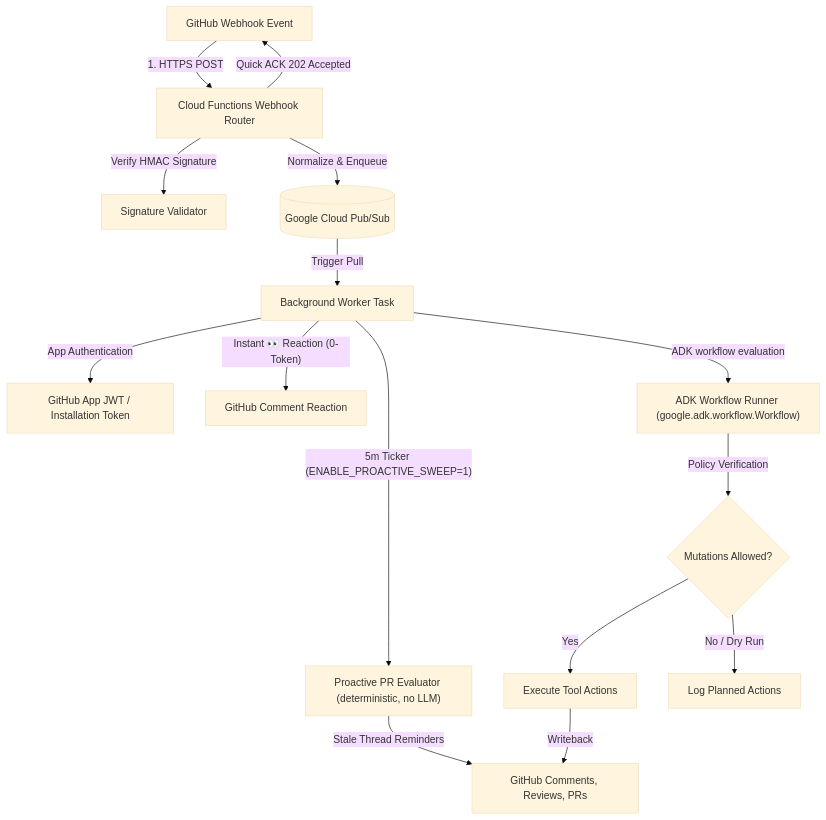
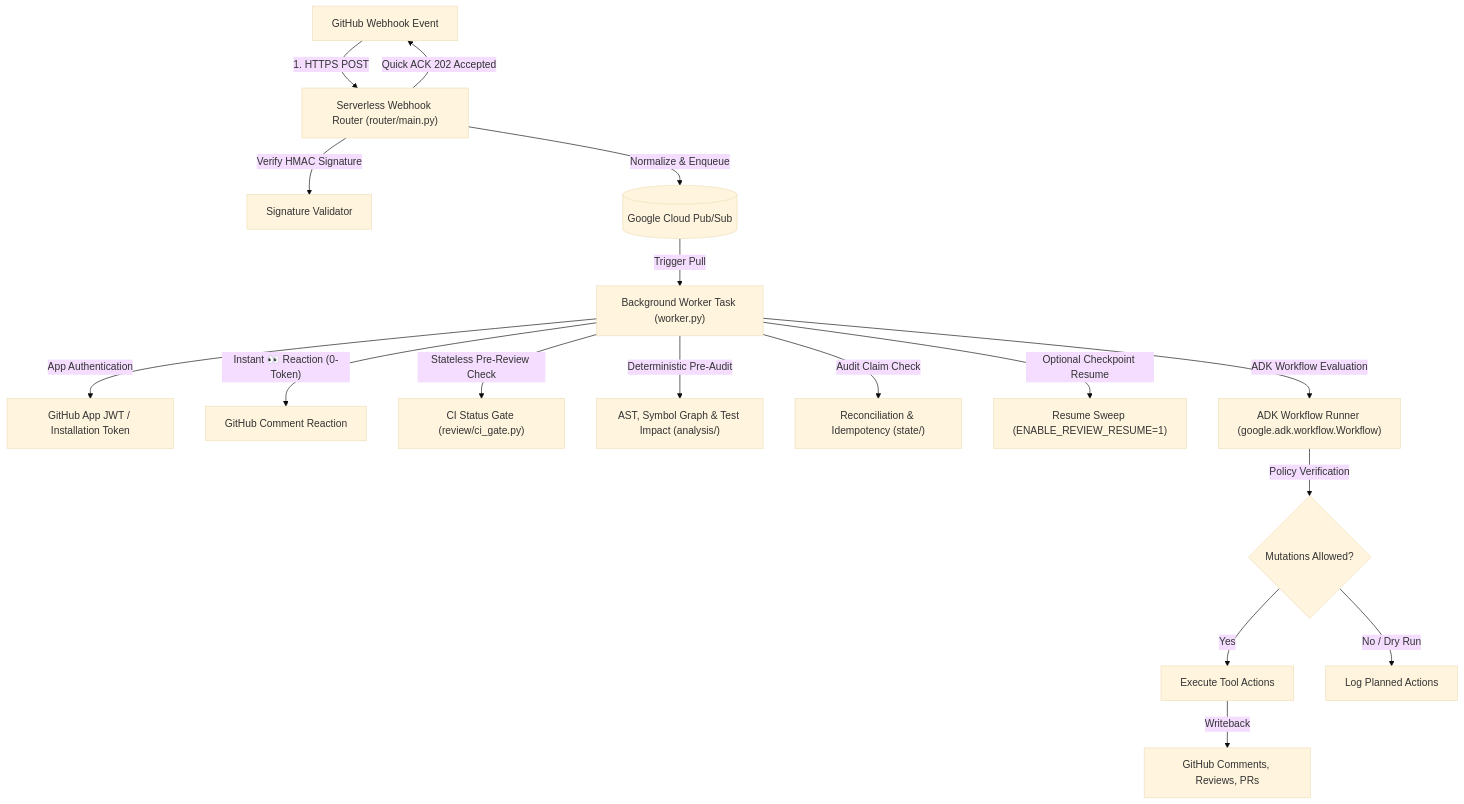
The diagram in README.md (cgj8702-org/hannibal-hub-agents), drawn with Mermaid (base theme) before and after one commit. The commit also changed other lines of this file and 9 other files, not shown here.

````diff
--- a/README.md
+++ b/README.md
@@ -11,20 +11,22 @@
 ```mermaid
 flowchart TD
-    GH["GitHub Webhook Event"] -->|"1. HTTPS POST"| Router["Cloud Functions Webhook Router"]
+    GH["GitHub Webhook Event"] -->|"1. HTTPS POST"| Router["Serverless Webhook Router (router/main.py)"]
     Router -->|"Verify HMAC Signature"| Auth["Signature Validator"]
     Router -->|"Quick ACK 202 Accepted"| GH
     Router -->|"Normalize & Enqueue"| Queue[("Google Cloud Pub/Sub")]
     
-    Queue -->|"Trigger Pull"| Worker["Background Worker Task"]
+    Queue -->|"Trigger Pull"| Worker["Background Worker Task (worker.py)"]
     Worker -->|"App Authentication"| Creds["GitHub App JWT / Installation Token"]
     Worker -->|"Instant 👀 Reaction (0-Token)"| GH_React["GitHub Comment Reaction"]
-    Worker -->|"ADK workflow evaluation"| StateGraph["ADK Workflow Runner (google.adk.workflow.Workflow)"]
-    Worker -->|"5m Ticker (ENABLE_PROACTIVE_SWEEP=1)"| Proactive["Proactive PR Evaluator (deterministic, no LLM)"]
-    Proactive -->|"Stale Thread Reminders"| GH_Write
+    Worker -->|"Stateless Pre-Review Check"| CIGate["CI Status Gate (review/ci_gate.py)"]
+    Worker -->|"Deterministic Pre-Audit"| PreAudit["AST, Symbol Graph & Test Impact (analysis/)"]
+    Worker -->|"Audit Claim Check"| Reconcile["Reconciliation & Idempotency (state/)"]
+    Worker -->|"Optional Checkpoint Resume"| Resume["Resume Sweep (ENABLE_REVIEW_RESUME=1)"]
     
+    Worker -->|"ADK Workflow Evaluation"| StateGraph["ADK Workflow Runner (google.adk.workflow.Workflow)"]
     StateGraph -->|"Policy Verification"| Policy{"Mutations Allowed?"}
     Policy -->|"Yes"| Exec["Execute Tool Actions"]
     Policy -->|"No / Dry Run"| Log["Log Planned Actions"]
     
     Exec -->|"Writeback"| GH_Write["GitHub Comments, Reviews, PRs"]
 ```
````
